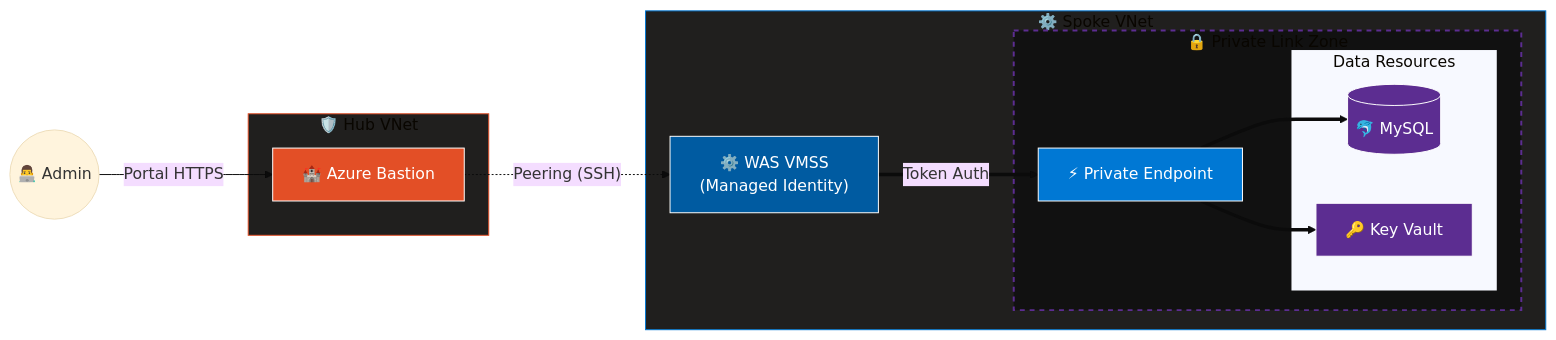
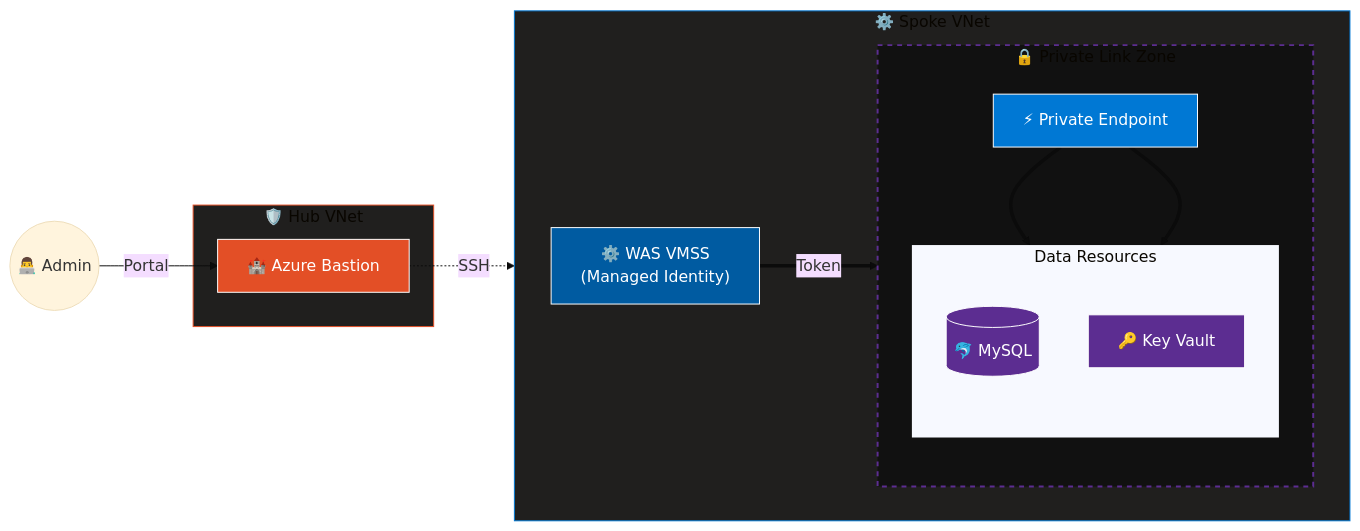
One commit to HamaPr/HamaPr.github.io changed the third of 4 diagrams in _posts/security-architecture/2025-12-01-Terraform-basedAzureSecurityArchitecture.md. Above: the diagram before and after it, drawn with Mermaid (base theme). The commit also changed other lines of this file, not shown here.

````diff
--- a/_posts/security-architecture/2025-12-01-Terraform-basedAzureSecurityArchitecture.md
+++ b/_posts/security-architecture/2025-12-01-Terraform-basedAzureSecurityArchitecture.md
@@ -248,39 +241,42 @@
 ```mermaid
 flowchart LR
     %% --- Style Definitions ---
     classDef bastion fill:#E34F26,stroke:#fff,color:#fff;
     classDef vm fill:#005BA1,stroke:#fff,color:#fff;
     classDef data fill:#5C2D91,stroke:#fff,color:#fff;
     classDef endpoint fill:#0078D4,stroke:#fff,color:#fff,shape:rect;
 
     Admin(("👨‍💻 Admin"))
     
+    %% Hub 영역
     subgraph Hub ["🛡️ Hub VNet"]
         BAS["🏰 Azure Bastion"]:::bastion
     end
 
+    %% Spoke 영역
     subgraph Spoke ["⚙️ Spoke VNet"]
+        direction LR
         WAS["⚙️ WAS VMSS<br/>(Managed Identity)"]:::vm
-        
         subgraph Private_Zone ["🔒 Private Link Zone"]
+            direction TB
             PE["⚡ Private Endpoint"]:::endpoint
-            
             subgraph Data_Res ["Data Resources"]
+                direction TB
                 DB[("🐬 MySQL")]:::data
                 KV["🔑 Key Vault"]:::data
             end
         end
     end
 
     %% --- Flows ---
-    Admin -->|"Portal HTTPS"| BAS
-    BAS -.->|"Peering (SSH)"| WAS
-    WAS ==>|Token Auth| PE
+    Admin -->|"Portal"| BAS
+    BAS -.->|"SSH"| WAS
+    WAS ==>|"Token"| PE
     PE ==> DB & KV
 
     %% --- Styling ---
     style Hub fill:#201F1E,stroke:#E34F26
     style Spoke fill:#201F1E,stroke:#0078D4
     style Private_Zone fill:#111,stroke:#5C2D91,stroke-width:2px,stroke-dasharray: 5 5
     style Data_Res fill:#transparent,stroke:none
 ```
````
